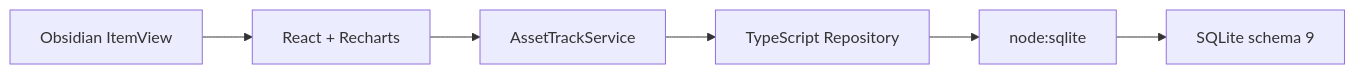
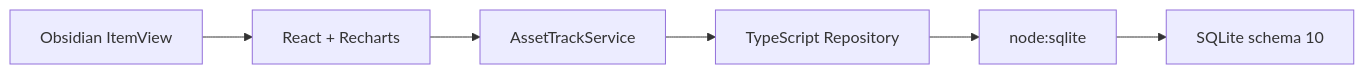
Before and after one commit to ApoclyReol/AssetTrack-Obsidian: the diagram in docs/04-architecture.md, drawn with Mermaid. The commit also changed other lines of this file and 142 other files, not shown here.

````diff
--- a/docs/04-architecture.md
+++ b/docs/04-architecture.md
@@ -17,8 +20,8 @@
 ```mermaid
 flowchart LR
     A["Obsidian ItemView"] --> B["React + Recharts"]
     B --> C["AssetTrackService"]
     C --> D["TypeScript Repository"]
     D --> E["node:sqlite"]
-    E --> F["SQLite schema 9"]
+    E --> F["SQLite schema 10"]
 ```
````
